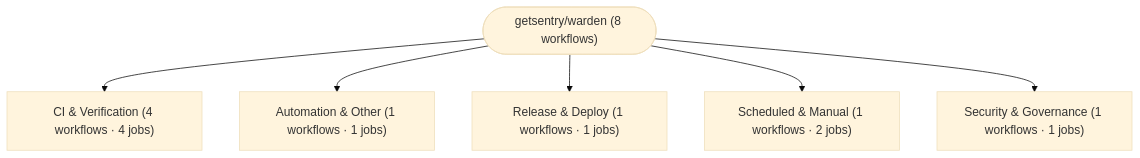
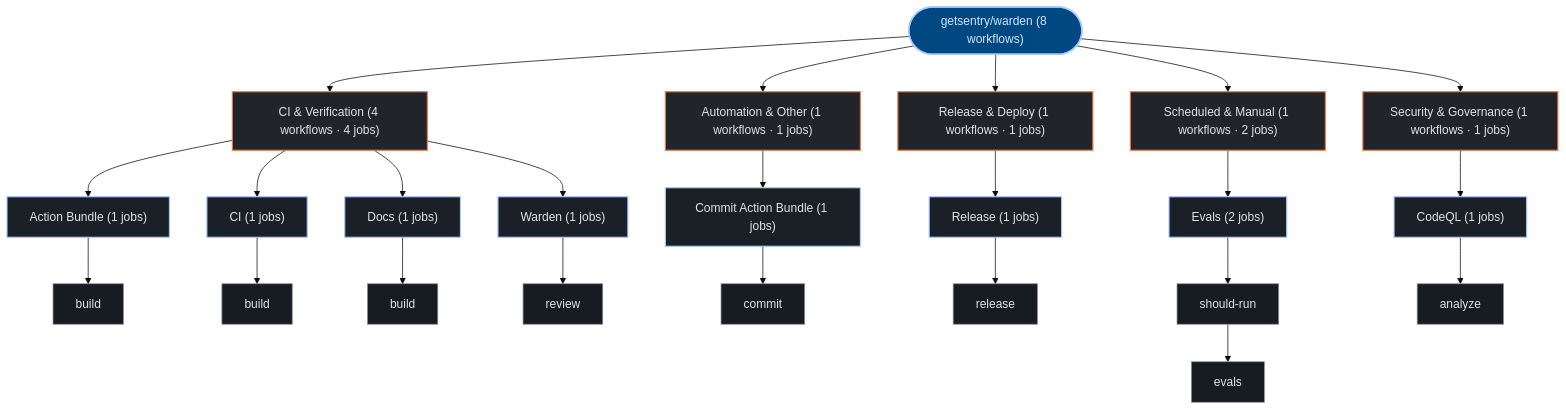
One commit to kumarshaz/atruss-code-atlas changed the third of 3 diagrams in exports/latest/reports/getsentry-warden-report.md. Above: the diagram before and after it, drawn with Mermaid (base theme). The commit also changed other lines of this file and 331 other files, not shown here.

Commit message:
docs,ui,fix: update SDLC docs, reorder CI/CD DAG first, stylize Mermaid, and fix Arc42 pipeline topology

````diff
--- a/exports/latest/reports/getsentry-warden-report.md
+++ b/exports/latest/reports/getsentry-warden-report.md
@@ -223,14 +234,55 @@
 ```mermaid
 graph TD;
-  pipeline_root(["getsentry/warden (8 workflows)"])
-  grp_0_CI___Verification["CI & Verification (4 workflows · 4 jobs)"]
+  classDef atlasRoot fill:#004882,stroke:#a3c9ff,stroke-width:2px,color:#d3e4ff
+  classDef atlasCategory fill:#212428,stroke:#E87A48,stroke-width:1.5px,color:#dfe3eb
+  classDef atlasWorkflow fill:#1b2026,stroke:#a3c9ff,stroke-width:1.5px,color:#dfe3eb
+  classDef atlasJob fill:#171c22,stroke:#8d9199,stroke-width:1px,color:#dfe3eb
+  classDef atlasTarget fill:#005227,stroke:#8bd99b,stroke-width:1.5px,color:#a7f6b6
+  classDef atlasAlert fill:#93000a,stroke:#ffb4ab,stroke-width:1.5px,color:#ffdad6
+  classDef atlasMore fill:#252a31,stroke:#8d9199,stroke-dasharray:4 4,color:#c3c6cf
+  pipeline_root(["getsentry/warden (8 workflows)"]):::atlasRoot
+  grp_0_CI___Verification["CI & Verification (4 workflows · 4 jobs)"]:::atlasCategory
   pipeline_root --> grp_0_CI___Verification
-  grp_1_Automation___Other["Automation & Other (1 workflows · 1 jobs)"]
+  wf_0_Action_Bundle["Action Bundle (1 jobs)"]:::atlasWorkflow
+  grp_0_CI___Verification --> wf_0_Action_Bundle
+  job_0_build["build"]:::atlasJob
+  wf_0_Action_Bundle --> job_0_build
+  wf_1_CI["CI (1 jobs)"]:::atlasWorkflow
+  grp_0_CI___Verification --> wf_1_CI
+  job_1_build["build"]:::atlasJob
+  wf_1_CI --> job_1_build
+  wf_4_Docs["Docs (1 jobs)"]:::atlasWorkflow
+  grp_0_CI___Verification --> wf_4_Docs
+  job_4_build["build"]:::atlasJob
+  wf_4_Docs --> job_4_build
+  wf_7_Warden["Warden (1 jobs)"]:::atlasWorkflow
+  grp_0_CI___Verification --> wf_7_Warden
+  job_7_review["review"]:::atlasJob
+  wf_7_Warden --> job_7_review
+  grp_1_Automation___Other["Automation & Other (1 workflows · 1 jobs)"]:::atlasCategory
   pipeline_root --> grp_1_Automation___Other
-  grp_2_Release___Deploy["Release & Deploy (1 workflows · 1 jobs)"]
+  wf_3_Commit_Action_Bundle["Commit Action Bundle (1 jobs)"]:::atlasWorkflow
+  grp_1_Automation___Other --> wf_3_Commit_Action_Bundle
+  job_3_commit["commit"]:::atlasJob
+  wf_3_Commit_Action_Bundle --> job_3_commit
+  grp_2_Release___Deploy["Release & Deploy (1 workflows · 1 jobs)"]:::atlasCategory
   pipeline_root --> grp_2_Release___Deploy
-  grp_3_Scheduled___Manual["Scheduled & Manual (1 workflows · 2 jobs)"]
+  wf_6_Release["Release (1 jobs)"]:::atlasWorkflow
+  grp_2_Release___Deploy --> wf_6_Release
+  job_6_release["release"]:::atlasJob
+  wf_6_Release --> job_6_release
+  grp_3_Scheduled___Manual["Scheduled & Manual (1 workflows · 2 jobs)"]:::atlasCategory
   pipeline_root --> grp_3_Scheduled___Manual
-  grp_4_Security___Governance["Security & Governance (1 workflows · 1 jobs)"]
+  wf_5_Evals["Evals (2 jobs)"]:::atlasWorkflow
+  grp_3_Scheduled___Manual --> wf_5_Evals
+  job_5_should_run["should-run"]:::atlasJob
+  job_5_evals["evals"]:::atlasJob
+  wf_5_Evals --> job_5_should_run
+  job_5_should_run --> job_5_evals
+  grp_4_Security___Governance["Security & Governance (1 workflows · 1 jobs)"]:::atlasCategory
   pipeline_root --> grp_4_Security___Governance
+  wf_2_CodeQL["CodeQL (1 jobs)"]:::atlasWorkflow
+  grp_4_Security___Governance --> wf_2_CodeQL
+  job_2_analyze["analyze"]:::atlasJob
+  wf_2_CodeQL --> job_2_analyze
 ```
````
